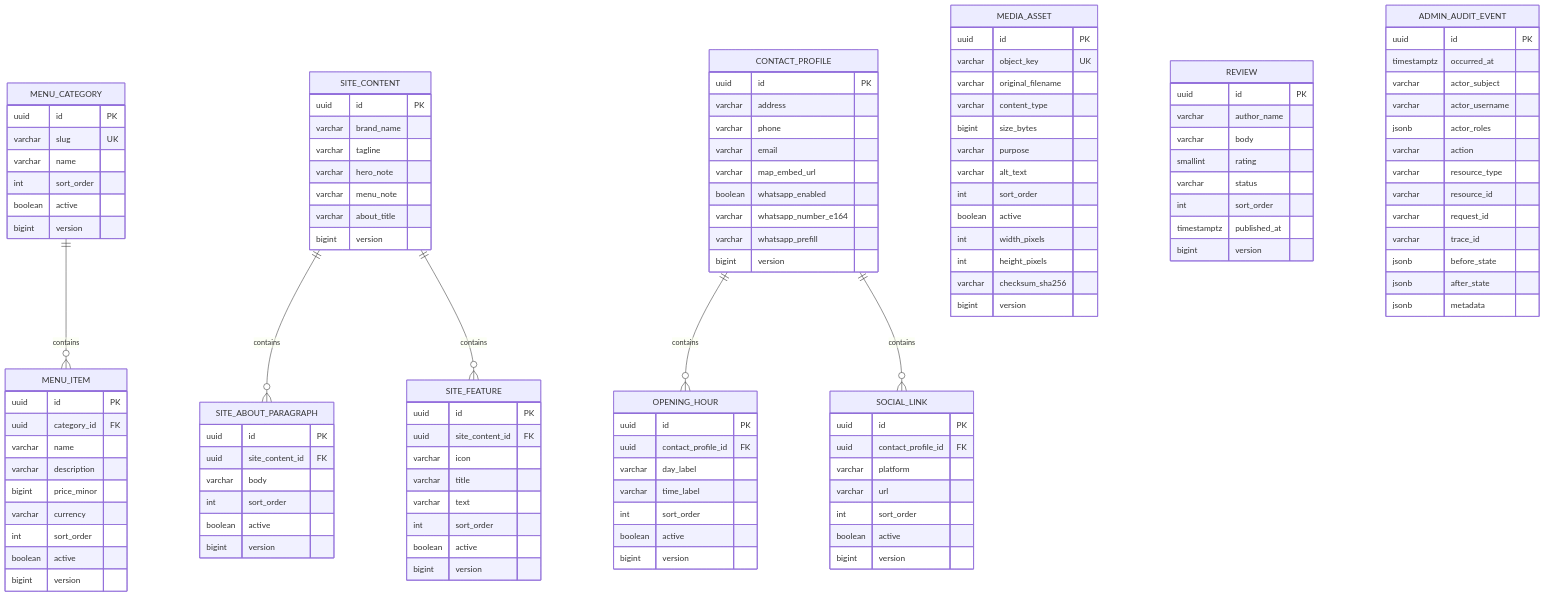
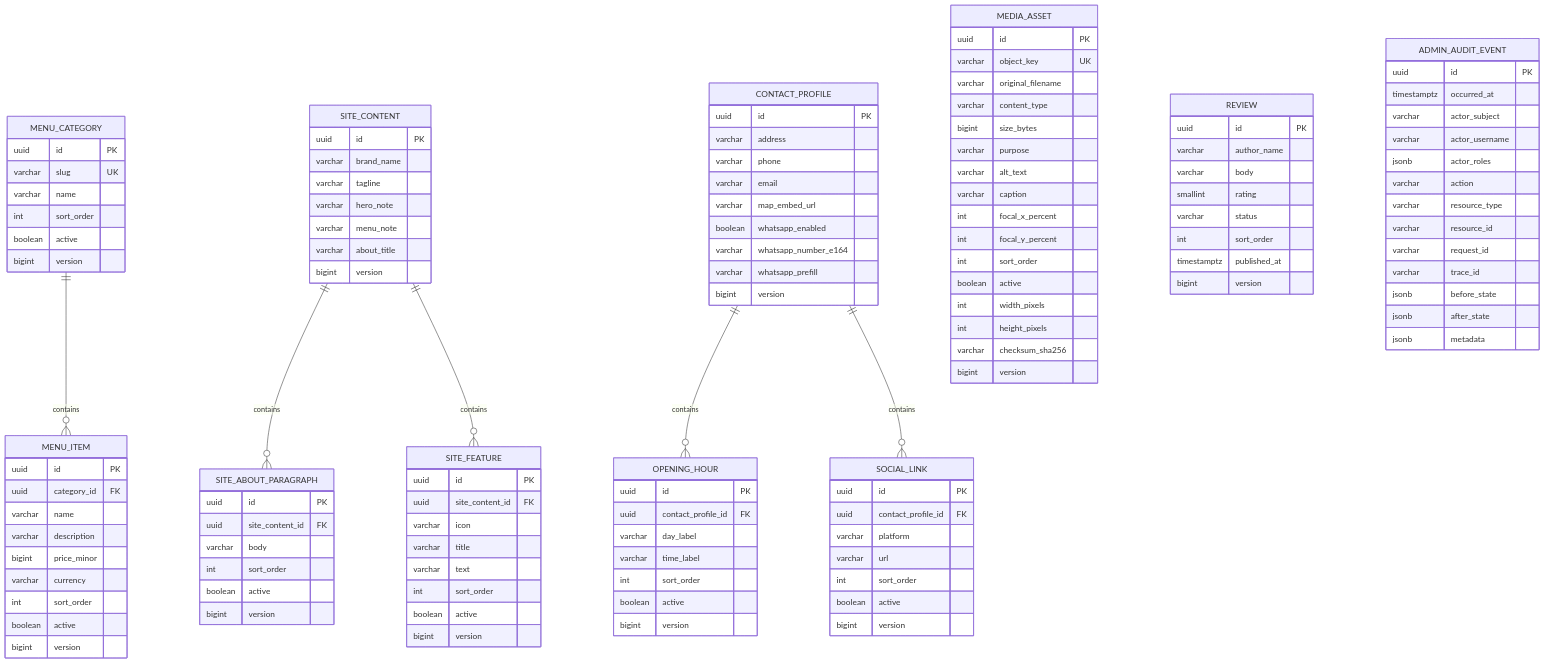
Before and after one commit to Harindi21/Cinnamon-and-Clay-Digital-Platform: the diagram in docs/architecture/data-model.md, drawn with Mermaid. The commit also changed 41 other files, not shown here.

```diff
--- a/docs/architecture/data-model.md
+++ b/docs/architecture/data-model.md
@@ -105,6 +105,9 @@
         bigint size_bytes
         varchar purpose
         varchar alt_text
+        varchar caption
+        int focal_x_percent
+        int focal_y_percent
         int sort_order
         boolean active
         int width_pixels
```
